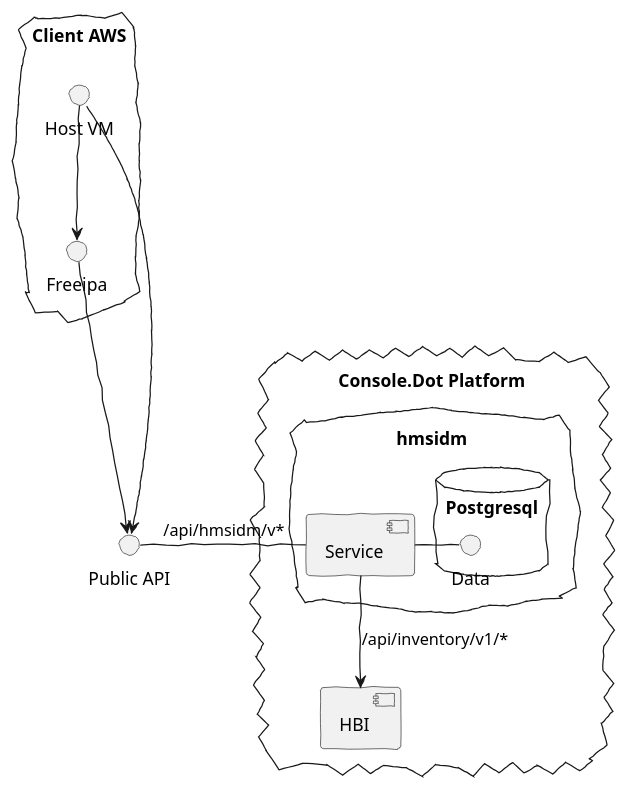
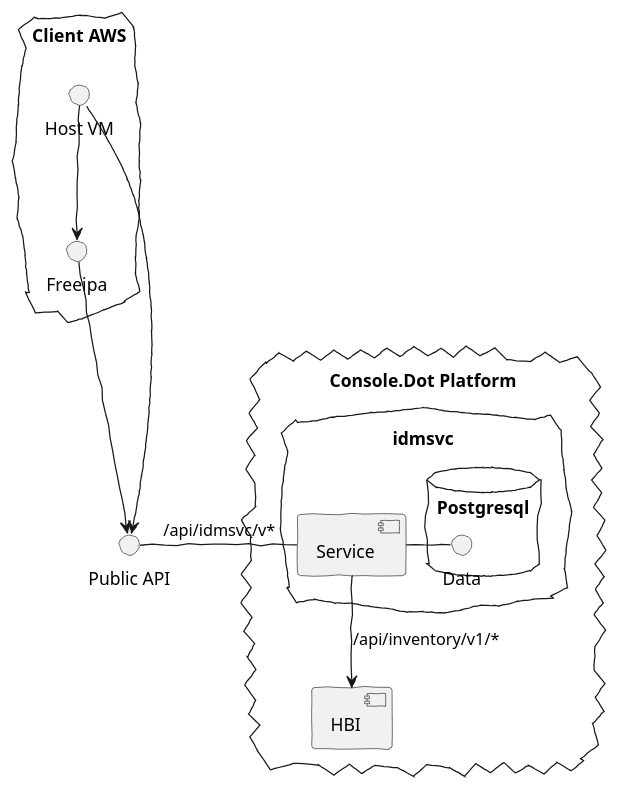
The diagram in docs/architecture.puml (podengo-project/idmsvc-backend), drawn with PlantUML before and after one commit. The commit also changed 6 other files, not shown here.

```diff
--- a/docs/architecture.puml
+++ b/docs/architecture.puml
@@ -2,37 +2,37 @@
 @startuml architecture
 
 skinparam handwritten true
 
 () "Public API" as http_requests
 
 cloud "Client AWS" {
     () "Freeipa" as domain
     () "Host VM" as host
     host --> domain
     host --> http_requests
     domain --> http_requests
 }
 
 cloud "Console.Dot Platform" {
     [HBI] as service_hbi
-    cloud "hmsidm" {
+    cloud "idmsvc" {
         ' () "Kafka Consumers" as kafka_consumer
         ' () "Kafka Producers" as kafka_producer
         ' () "Http Clients" as http_clients
 
         database "Postgresql" {
             () "Data" as database
         }
 
-        [Service] as service_hmsidm
+        [Service] as service_idmsvc
 
-        http_requests - service_hmsidm: /api/hmsidm/v*
-        service_hmsidm --> service_hbi: /api/inventory/v1/*
+        http_requests - service_idmsvc: /api/idmsvc/v*
+        service_idmsvc --> service_hbi: /api/inventory/v1/*
         ' service - http_clients: third party services
         ' service - kafka_producer: produce event topics
         ' kafka_consumer - service: kafka handler
-        service_hmsidm - database
+        service_idmsvc - database
     }
 }
 
 @enduml
```
